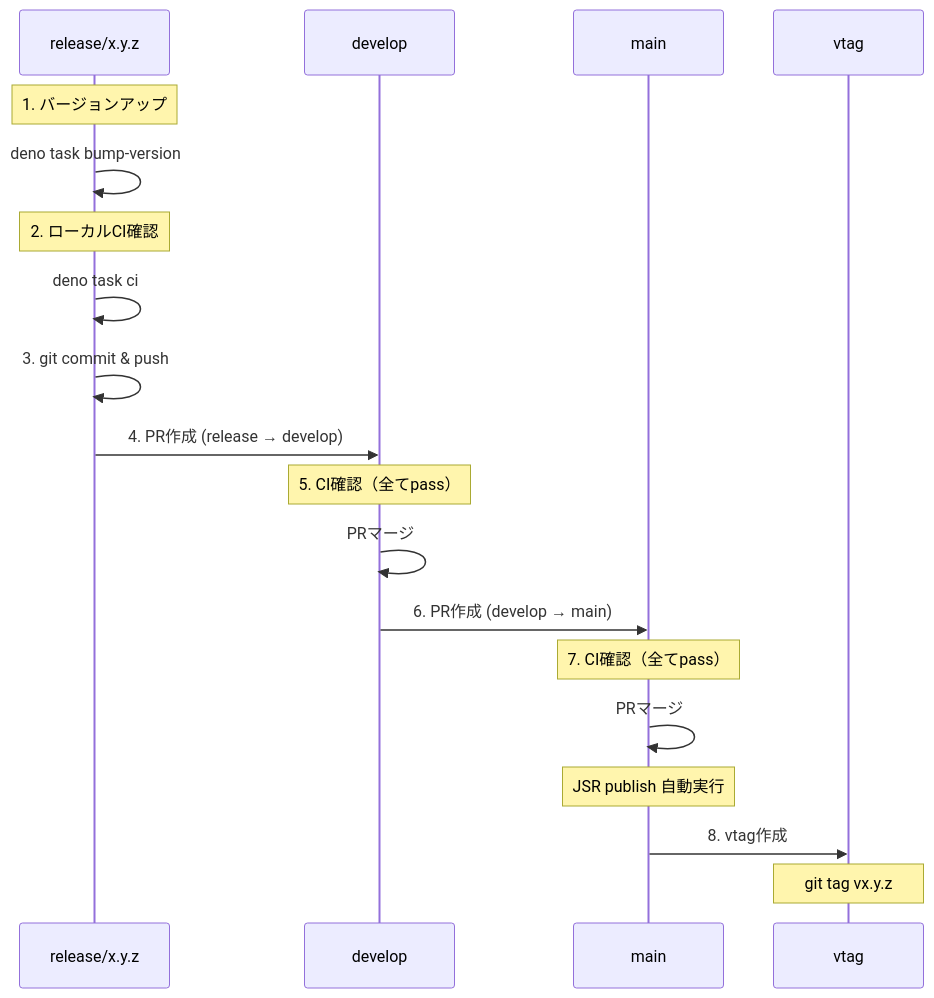
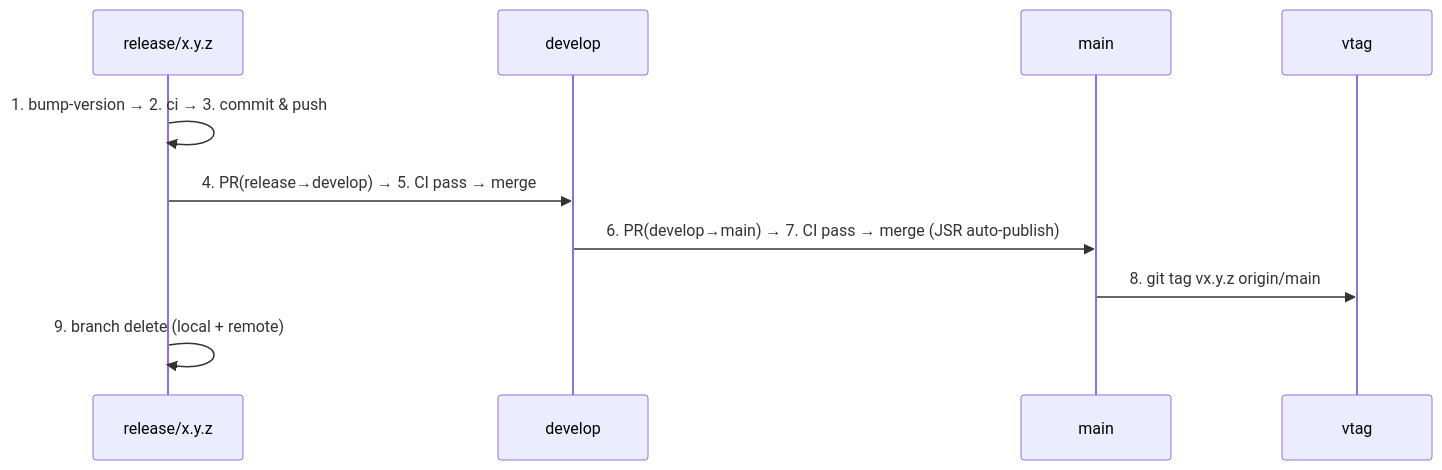
The diagram in .claude/skills/release-procedure/SKILL.md (tettuan/breakdownlogger), drawn with Mermaid before and after one commit. The commit also changed other lines of this file, not shown here.

Commit message:
style: WWH-compress release-procedure skill for token efficiency

````diff
--- a/.claude/skills/release-procedure/SKILL.md
+++ b/.claude/skills/release-procedure/SKILL.md
@@ -141,25 +31,12 @@
 ```mermaid
 sequenceDiagram
     participant R as release/x.y.z
     participant D as develop
     participant M as main
     participant T as vtag
-
-    Note over R: 1. バージョンアップ
-    R->>R: deno task bump-version
-    Note over R: 2. ローカルCI確認
-    R->>R: deno task ci
-    R->>R: 3. git commit & push
-
-    R->>D: 4. PR作成 (release → develop)
-    Note over D: 5. CI確認（全てpass）
-    D->>D: PRマージ
-
-    D->>M: 6. PR作成 (develop → main)
-    Note over M: 7. CI確認（全てpass）
-    M->>M: PRマージ
-    Note over M: JSR publish 自動実行
-
-    M->>T: 8. vtag作成
-    Note over T: git tag vx.y.z
+    R->>R: 1. bump-version → 2. ci → 3. commit & push
+    R->>D: 4. PR(release→develop) → 5. CI pass → merge
+    D->>M: 6. PR(develop→main) → 7. CI pass → merge (JSR auto-publish)
+    M->>T: 8. git tag vx.y.z origin/main
+    R->>R: 9. branch delete (local + remote)
 ```
````
